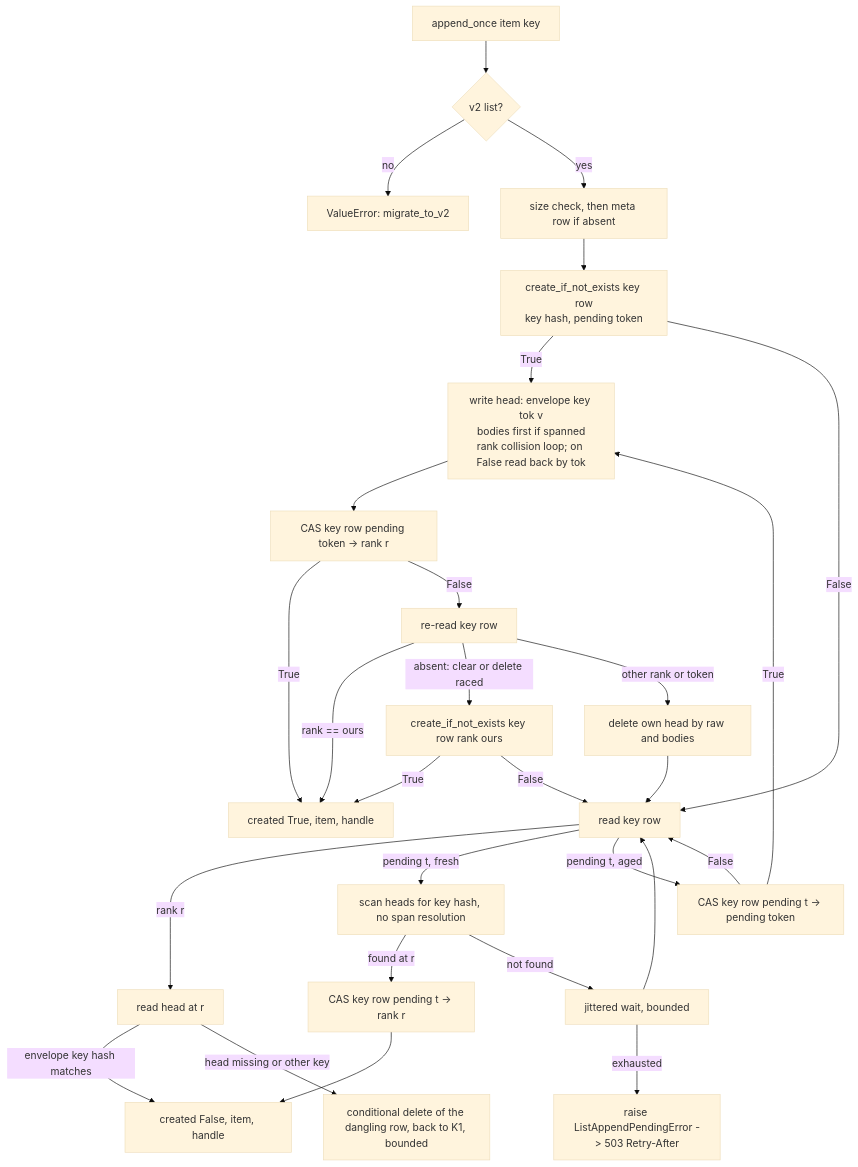
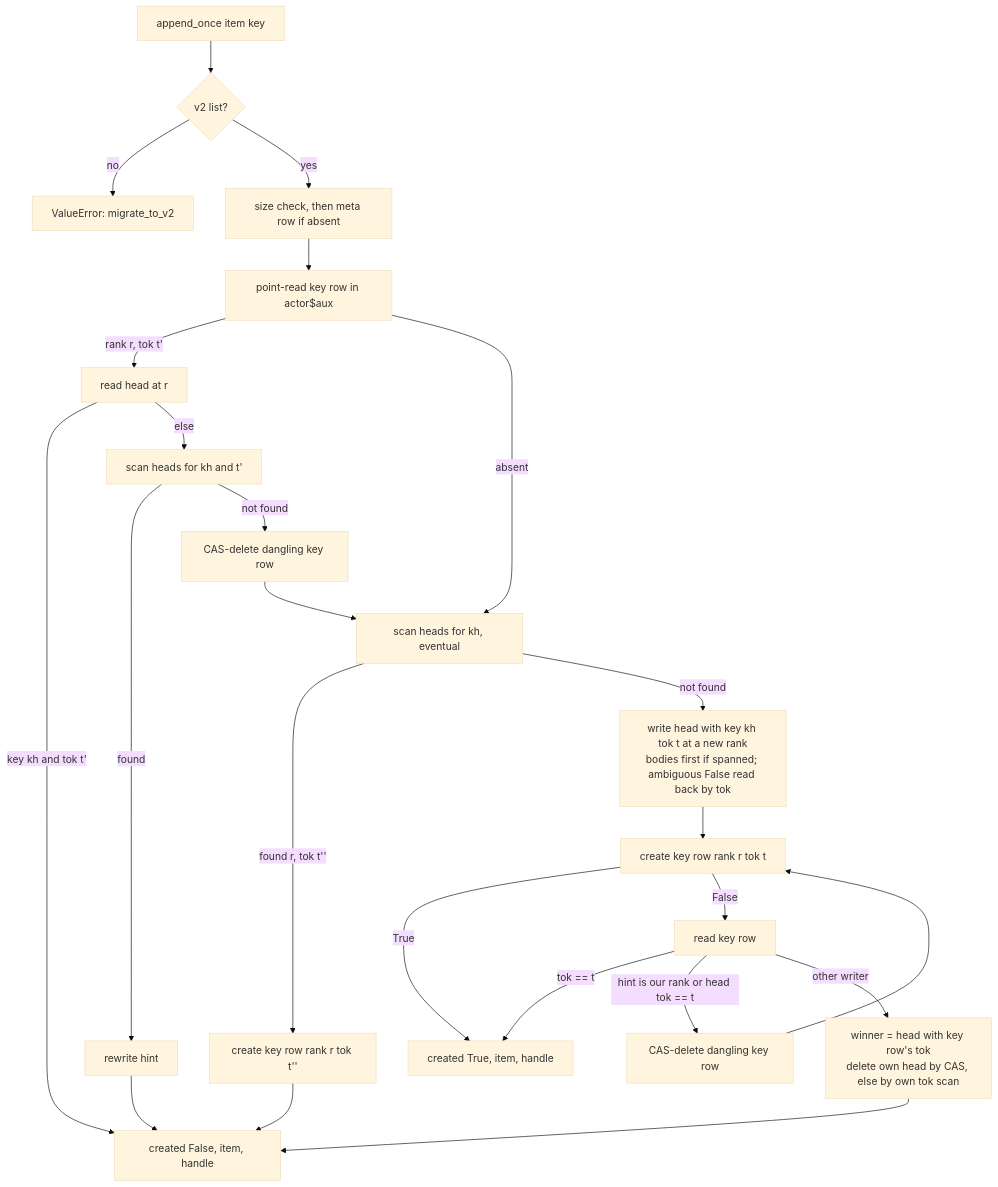
One commit to actingweb/actingweb changed the second of 2 diagrams in thoughts/plans/2026-10-30-spanned-list-items.md. Above: the diagram before and after it, drawn with Mermaid (base theme). The commit also changed other lines of this file, not shown here.

First line of the commit message:
Revise the spanned list items plan after the staff review

````diff
--- a/thoughts/plans/2026-10-30-spanned-list-items.md
+++ b/thoughts/plans/2026-10-30-spanned-list-items.md
@@ -1001,27 +1314,21 @@
 ```mermaid
 flowchart TD
     S[append_once item key] --> V{v2 list?}
     V -- no --> VE[ValueError: migrate_to_v2]
     V -- yes --> SZ[size check, then meta row if absent]
-    SZ --> K1[create_if_not_exists key row<br/>key hash, pending token]
-    K1 -- True --> W[write head: envelope key tok v<br/>bodies first if spanned<br/>rank collision loop; on False read back by tok]
-    K1 -- False --> R[read key row]
-    R -- rank r --> RI[read head at r]
-    RI -- envelope key hash matches --> OK1[created False, item, handle]
-    RI -- head missing or other key --> DK[conditional delete of the dangling row, back to K1, bounded]
-    R -- pending t, fresh --> SC[scan heads for key hash, no span resolution]
-    SC -- found at r --> F1[CAS key row pending t -> rank r] --> OK1
-    SC -- not found --> WT[jittered wait, bounded] --> R
-    WT -- exhausted --> PE[raise ListAppendPendingError -> 503 Retry-After]
-    R -- pending t, aged --> CL[CAS key row pending t -> pending token]
-    CL -- False --> R
-    CL -- True --> W
-    W --> K2[CAS key row pending token -> rank r]
+    SZ --> K0[point-read key row in actor$aux]
+    K0 -- rank r, tok t' --> RH[read head at r]
+    RH -- key kh and tok t' --> OK1[created False, item, handle]
+    RH -- else --> SC1[scan heads for kh and t']
+    SC1 -- found --> FIX[rewrite hint] --> OK1
+    SC1 -- not found --> DK[CAS-delete dangling key row] --> SC2
+    K0 -- absent --> SC2[scan heads for kh, eventual]
+    SC2 -- found r, tok t'' --> KC[create key row rank r tok t''] --> OK1
+    SC2 -- not found --> W[write head with key kh tok t at a new rank<br/>bodies first if spanned; ambiguous False read back by tok]
+    W --> K2[create key row rank r tok t]
     K2 -- True --> OK2[created True, item, handle]
-    K2 -- False --> RR[re-read key row]
-    RR -- rank == ours --> OK2
-    RR -- absent: clear or delete raced --> RC[create_if_not_exists key row rank ours]
-    RC -- True --> OK2
-    RC -- False --> R
-    RR -- other rank or token --> DEL[delete own head by raw and bodies] --> R
+    K2 -- False --> RR[read key row]
+    RR -- tok == t --> OK2
+    RR -- hint is our rank or head tok == t --> DK2[CAS-delete dangling key row] --> K2
+    RR -- other writer --> WIN[winner = head with key row's tok<br/>delete own head by CAS, else by own tok scan] --> OK1
 ```
````
